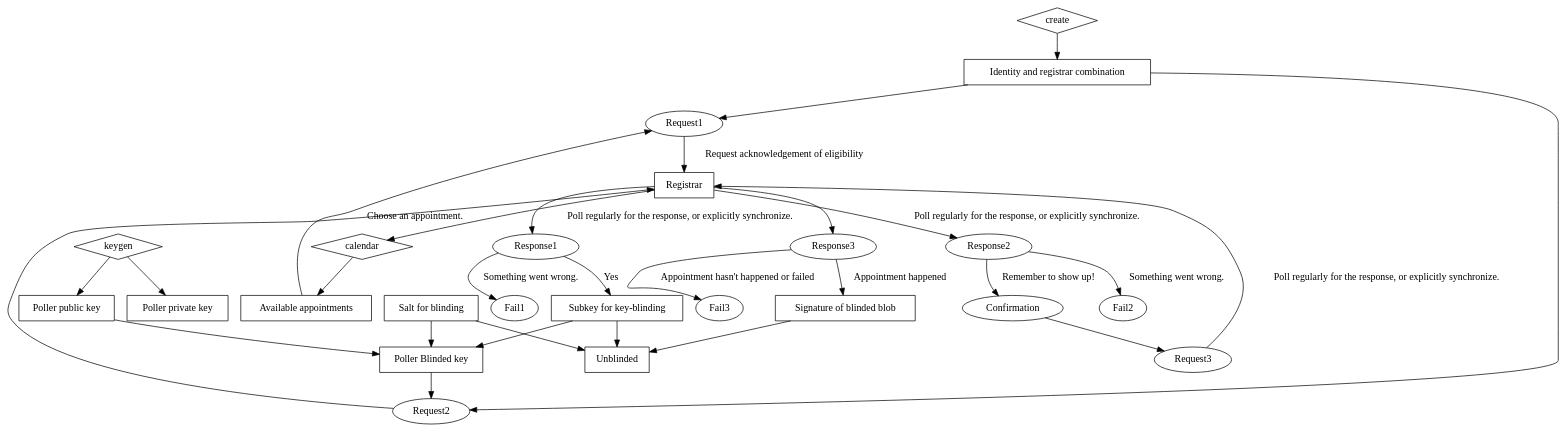
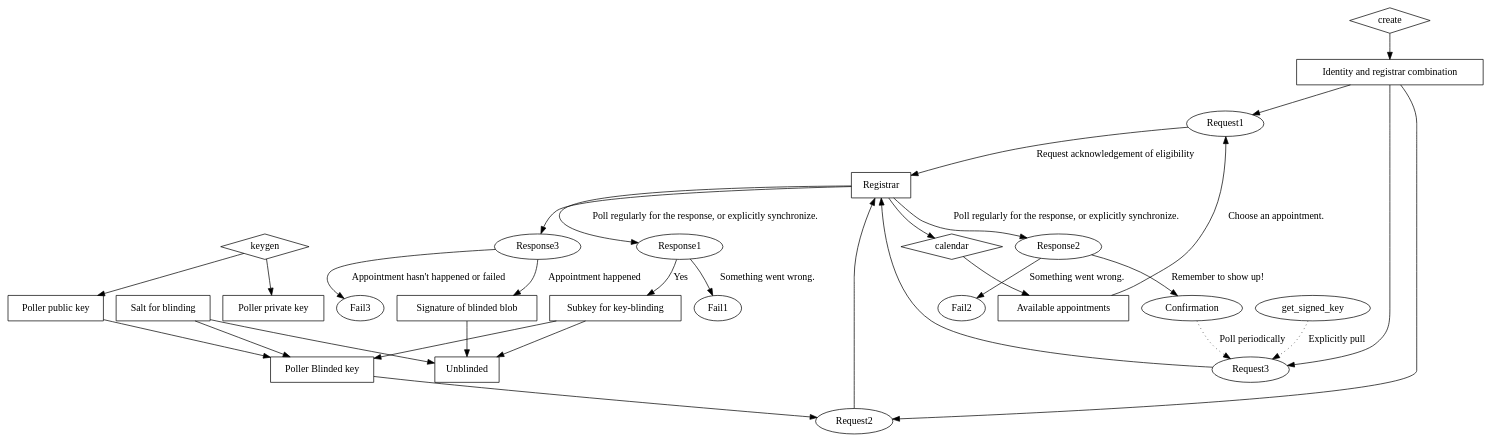
One commit to securepollingsystem/securepolling changed the diagram in doc/securepolling.dot. Above: the diagram before and after it, drawn with Graphviz. The commit also changed 1 other file, not shown here.

Commit message:
pull from registrar

```diff
--- a/doc/securepolling.dot
+++ b/doc/securepolling.dot
@@ -1,56 +1,59 @@
 // Registrar process
 digraph {
   // Step 1
   create [shape="diamond"]
   Identity [label="Identity and registrar combination" shape="box"]
 
   create -> Identity
 
   keygen [shape="diamond"]
   Public [label="Poller public key" shape="box"]
   Private [label="Poller private key" shape="box"]
 
   keygen -> Public
   keygen -> Private
 
   calendar [shape="diamond"]
   Appointments [label="Available appointments" shape="box"]
   Registrar -> calendar -> Appointments
 
   Appointments -> Request1 [label="Choose an appointment."]
   Identity -> Request1
   Request1 -> Registrar [label="Request acknowledgement of eligibility"]
 
   Registrar -> Response1 [label="Poll regularly for the response, or explicitly synchronize."]
   Response1 -> Subkey [label="Yes"]
   Response1 -> Fail1 [label="Something went wrong."]
 
   Subkey [label="Subkey for key-blinding" shape="box"]
   Salt [label="Salt for blinding" shape="box"]
 
   Blinded [label="Poller Blinded key" shape="box"]
   Subkey -> Blinded
   Salt -> Blinded
   Public -> Blinded
 
   Identity -> Request2
   Blinded  -> Request2 -> Registrar
   Registrar -> Response2 [label="Poll regularly for the response, or explicitly synchronize."]
   Response2 -> Confirmation [label="Remember to show up!"]
   Response2 -> Fail2 [label="Something went wrong."]
 
   // Step 2
-  Confirmation -> Request3
-  Request3 -> Registrar [label="Poll regularly for the response, or explicitly synchronize."]
+  Sync [label="get_signed_key" style=diamond]
+  Identity -> Request3
+  Sync -> Request3 [style=dotted label="Explicitly pull"]
+  Confirmation -> Request3 [style=dotted label="Poll periodically"]
+  Request3 -> Registrar
   Registrar -> Response3
   Response3 -> SignedBlinded [label="Appointment happened"]
   Response3 -> Fail3 [label="Appointment hasn't happened or failed"]
   SignedBlinded [label="Signature of blinded blob" shape="box"]
 
   Salt -> Unblinded
   Subkey -> Unblinded
   SignedBlinded -> Unblinded
 
   Registrar [shape="box"]
   Unblinded [shape="box"]
 }
```
